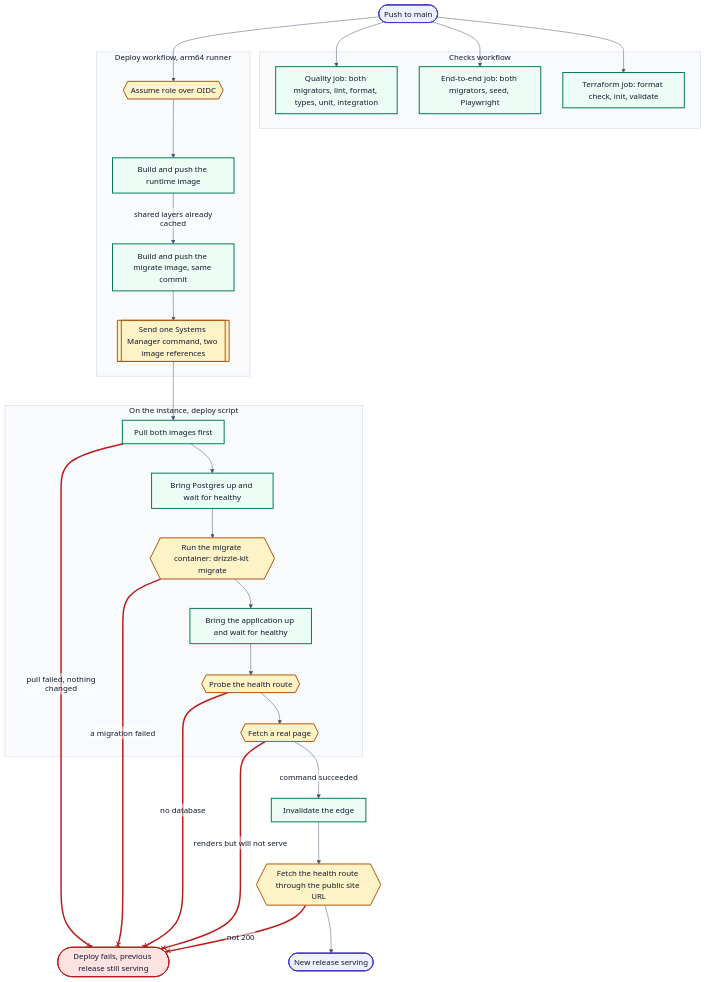
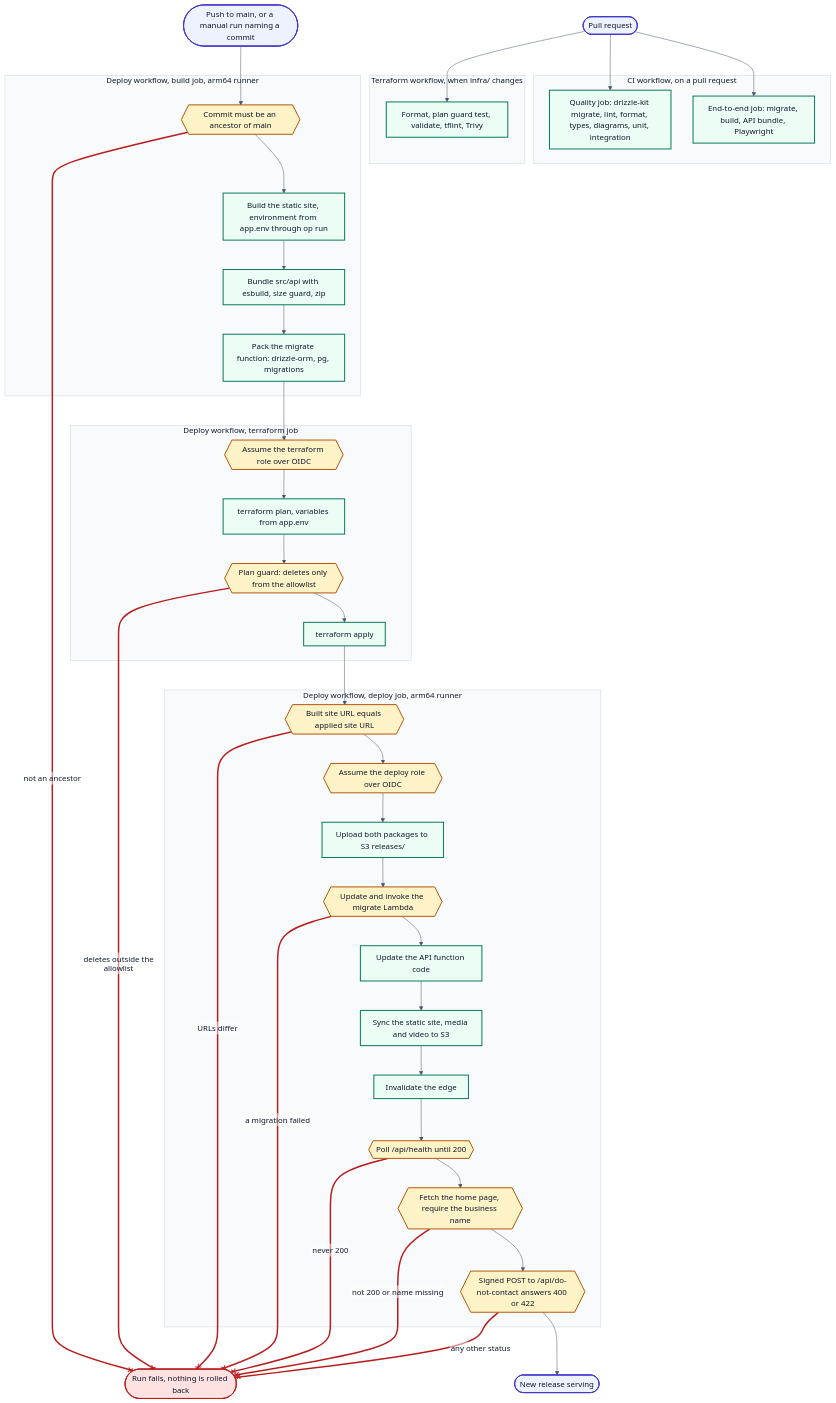
The diagram in docs/diagrams/D7-pipeline.mmd (marc-mccarthy/legacy-benefits-mn), drawn with Mermaid before and after one commit. The commit also changed 10 other files, not shown here.

Commit message:
docs: redraw diagrams against the current infra and code

```diff
--- a/docs/diagrams/D7-pipeline.mmd
+++ b/docs/diagrams/D7-pipeline.mmd
@@ -1,88 +1,118 @@
 %%{init: {"theme":"base","themeVariables":{"fontFamily":"Helvetica Neue, Helvetica, Arial, sans-serif","fontSize":"16px","textColor":"#0F172A","background":"#FFFFFF","lineColor":"#475569","mainBkg":"#EFF6FF","nodeBorder":"#1D4ED8","primaryColor":"#EFF6FF","primaryBorderColor":"#1D4ED8","primaryTextColor":"#0F172A","secondaryColor":"#F1F5F9","secondaryBorderColor":"#475569","secondaryTextColor":"#0F172A","tertiaryColor":"#F8FAFC","tertiaryBorderColor":"#CBD5E1","tertiaryTextColor":"#0F172A","clusterBkg":"#F8FAFC","clusterBorder":"#CBD5E1","edgeLabelBackground":"#FFFFFF","actorBkg":"#EEF2FF","actorBorder":"#4338CA","actorTextColor":"#0F172A","signalColor":"#475569","signalTextColor":"#0F172A","noteBkgColor":"#FEF3C7","noteBorderColor":"#B45309","noteTextColor":"#0F172A","activationBkgColor":"#ECFDF5","activationBorderColor":"#047857","labelBoxBkgColor":"#FEF3C7","labelBoxBorderColor":"#B45309","sequenceNumberColor":"#FFFFFF"},"flowchart":{"htmlLabels":false,"curve":"basis","nodeSpacing":45,"rankSpacing":60,"padding":12},"sequence":{"useMaxWidth":false,"htmlLabels":false,"mirrorActors":false,"wrap":true,"width":190}}}%%
 flowchart TB
-accTitle: What runs between a push and the new release serving
+accTitle: What runs between a pull request, a merge to main and the new release serving
 accDescr {
-  A push to main starts two workflows. The checks workflow runs three jobs against
-  a throwaway Postgres: quality applies the migrations and then lints, checks
-  formatting, type checks and runs unit and integration tests; the end-to-end job
-  applies the migrations and runs the Playwright suite, whose
-  accessibility and compliance specs are release gates; the Terraform job checks
-  formatting and validates the stack. The deploy workflow runs on a native arm64
-  runner because the instance is Graviton. It assumes a role over OIDC rather than
-  using stored keys, builds and pushes the runtime image, then builds and pushes a
-  second image from the same commit's migrate stage, which is a cache hit because
-  the runtime build already exported the shared layers. It then sends one Systems
-  Manager command carrying those two image references. On the box the deploy script
-  pulls first so a failure changes nothing, brings Postgres up and waits for it to
-  be healthy, runs the migrate container once, and only then brings the application
-  up and waits on its health check. It probes the health route and then fetches a
-  real page, because the health route runs one query and never renders React.
-  Nothing downstream runs unless that command succeeded: the edge is invalidated
-  only afterwards, and the last step fetches the health route through the public
-  site URL.
+  Two things happen at different times. On a pull request the CI workflow runs two
+  jobs, each against a throwaway Postgres 17 service. Quality applies the migrations
+  with drizzle-kit migrate and then lints, checks formatting, type checks, checks
+  that the diagrams match their sources, tests the app.env guard script and runs the
+  unit tests with coverage and the integration tests. The end-to-end job applies the
+  migrations, builds the site and the API bundle and runs the Playwright suite, which
+  includes the accessibility and compliance specs. When a pull request touches
+  infra/, the Terraform workflow also checks formatting, runs the plan guard test,
+  validates the stack without a backend, runs tflint and scans for misconfiguration
+  with Trivy. A push to main, or a manual run naming a commit, starts the deploy
+  workflow, which does not wait for those checks and does not repeat them. Its build
+  job runs on an arm64 runner, matching the Lambda architecture. It refuses a commit
+  that is not an ancestor of main, builds the static site with the environment read
+  from app.env through op run, bundles src/api with esbuild into the API package, and
+  packs a second package for the migrate function. The terraform job assumes a role
+  over OIDC rather than using stored keys, plans with the variables from app.env, and
+  a plan guard fails the run if the plan deletes or replaces anything outside the
+  allowlist; only then does it apply. The deploy job first checks that the site URL
+  it built with equals the one Terraform applied, assumes a second OIDC role, and
+  uploads both packages to the releases prefix of the assets bucket. It updates and
+  invokes the migrate Lambda, which runs the drizzle migrator, and a migration
+  failure stops the run before the API function is touched. It then updates the API
+  function, syncs the static site, media and video to S3, and invalidates the edge.
+  Last it polls the health route until it answers 200, fetches the home page and
+  requires the business name in it, and sends a signed POST to the do-not-contact
+  route that must be rejected with 400 or 422. Nothing is rolled back when a later
+  step fails.
 }
 
-push([Push to main])
+pr([Pull request])
+merge([Push to main, or a manual run naming a commit])
 
-subgraph checks ["Checks workflow"]
-  quality["Quality job: both migrators, lint, format, types, unit, integration"]
-  e2eJob["End-to-end job: both migrators, seed, Playwright"]
-  tfJob["Terraform job: format check, init, validate"]
+subgraph ci ["CI workflow, on a pull request"]
+  quality["Quality job: drizzle-kit migrate, lint, format, types, diagrams, unit, integration"]
+  e2eJob["End-to-end job: migrate, build, API bundle, Playwright"]
 end
 
-subgraph build ["Deploy workflow, arm64 runner"]
-  oidc{{"Assume role over OIDC"}}
-  runtimeImage["Build and push the runtime image"]
-  migrateImage["Build and push the migrate image, same commit"]
-  sendCommand[["Send one Systems Manager command, two image references"]]
+subgraph tfPr ["Terraform workflow, when infra/ changes"]
+  tfChecks["Format, plan guard test, validate, tflint, Trivy"]
 end
 
-subgraph box ["On the instance, deploy script"]
-  pull["Pull both images first"]
-  pgUp["Bring Postgres up and wait for healthy"]
-  migrateRun{{"Run the migrate container: drizzle-kit migrate"}}
-  appUp["Bring the application up and wait for healthy"]
-  healthProbe{{"Probe the health route"}}
-  pageProbe{{"Fetch a real page"}}
+subgraph build ["Deploy workflow, build job, arm64 runner"]
+  ancestor{{"Commit must be an ancestor of main"}}
+  siteBuild["Build the static site, environment from app.env through op run"]
+  packApi["Bundle src/api with esbuild, size guard, zip"]
+  packMigrate["Pack the migrate function: drizzle-orm, pg, migrations"]
 end
 
-invalidate["Invalidate the edge"]
-smoke{{"Fetch the health route through the public site URL"}}
+subgraph tf ["Deploy workflow, terraform job"]
+  oidcTf{{"Assume the terraform role over OIDC"}}
+  plan["terraform plan, variables from app.env"]
+  planGuard{{"Plan guard: deletes only from the allowlist"}}
+  apply["terraform apply"]
+end
+
+subgraph rel ["Deploy workflow, deploy job, arm64 runner"]
+  urlCheck{{"Built site URL equals applied site URL"}}
+  oidcDeploy{{"Assume the deploy role over OIDC"}}
+  upload["Upload both packages to S3 releases/"]
+  migrateRun{{"Update and invoke the migrate Lambda"}}
+  updateFn["Update the API function code"]
+  syncSite["Sync the static site, media and video to S3"]
+  invalidate["Invalidate the edge"]
+  healthProbe{{"Poll /api/health until 200"}}
+  pageProbe{{"Fetch the home page, require the business name"}}
+  postProbe{{"Signed POST to /api/do-not-contact answers 400 or 422"}}
+end
+
 serving([New release serving])
-stop([Deploy fails, previous release still serving])
+stop([Run fails, nothing is rolled back])
 
-push --> quality
-push --> e2eJob
-push --> tfJob
-push --> oidc
-oidc --> runtimeImage
-runtimeImage -->|shared layers already cached| migrateImage
-migrateImage --> sendCommand
-sendCommand --> pull
-pull --x|pull failed, nothing changed| stop
-pull --> pgUp
-pgUp --> migrateRun
+pr --> quality
+pr --> e2eJob
+pr --> tfChecks
+merge --> ancestor
+ancestor --x|not an ancestor| stop
+ancestor --> siteBuild
+siteBuild --> packApi
+packApi --> packMigrate
+packMigrate --> oidcTf
+oidcTf --> plan
+plan --> planGuard
+planGuard --x|deletes outside the allowlist| stop
+planGuard --> apply
+apply --> urlCheck
+urlCheck --x|URLs differ| stop
+urlCheck --> oidcDeploy
+oidcDeploy --> upload
+upload --> migrateRun
 migrateRun --x|a migration failed| stop
-migrateRun --> appUp
-appUp --> healthProbe
-healthProbe --x|no database| stop
+migrateRun --> updateFn
+updateFn --> syncSite
+syncSite --> invalidate
+invalidate --> healthProbe
+healthProbe --x|never 200| stop
 healthProbe --> pageProbe
-pageProbe --x|renders but will not serve| stop
-pageProbe -->|command succeeded| invalidate
-invalidate --> smoke
-smoke --> serving
-smoke --x|not 200| stop
+pageProbe --x|not 200 or name missing| stop
+pageProbe --> postProbe
+postProbe --x|any other status| stop
+postProbe --> serving
 
 classDef human    fill:#EEF2FF,stroke:#4338CA,stroke-width:2px,color:#0F172A
 classDef client   fill:#EFF6FF,stroke:#1D4ED8,stroke-width:2px,color:#0F172A
 classDef ours     fill:#ECFDF5,stroke:#047857,stroke-width:2px,color:#0F172A
 classDef guard    fill:#FEF3C7,stroke:#B45309,stroke-width:2px,color:#0F172A
 classDef vendor   fill:#F1F5F9,stroke:#475569,stroke-width:2px,color:#0F172A
 classDef phi      fill:#FEE2E2,stroke:#B91C1C,stroke-width:2px,color:#0F172A
 classDef artifact fill:#F5F3FF,stroke:#6D28D9,stroke-width:2px,color:#0F172A
 
-class push,serving human
+class pr,merge,serving human
 class stop phi
-class quality,e2eJob,tfJob,runtimeImage,migrateImage,pull,pgUp,appUp,invalidate ours
-class oidc,sendCommand,migrateRun,healthProbe,pageProbe,smoke guard
-linkStyle 8,11,14,16,20 stroke:#B91C1C,stroke-width:3px
+class quality,e2eJob,tfChecks,siteBuild,packApi,packMigrate,plan,apply,upload,updateFn,syncSite,invalidate ours
+class ancestor,oidcTf,planGuard,urlCheck,oidcDeploy,migrateRun,healthProbe,pageProbe,postProbe guard
+linkStyle 4,11,14,18,23,25,27 stroke:#B91C1C,stroke-width:3px
```
